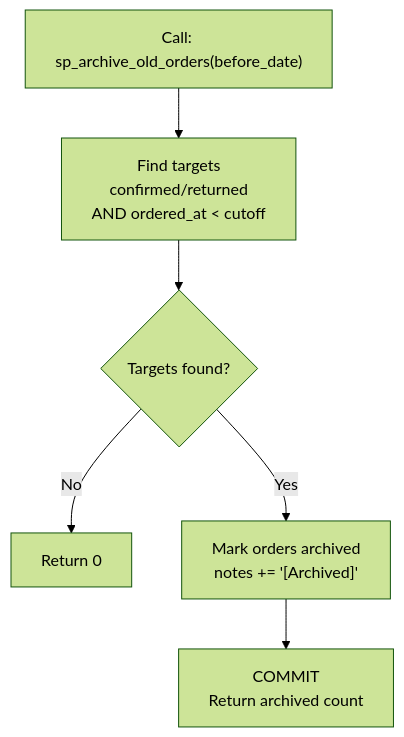
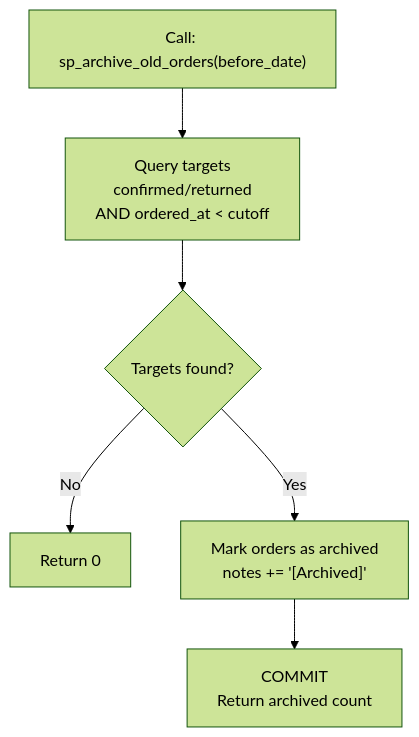
Diagram 15 of 15 in docs/en/schema/procedures.md (civilian7/sql-tutorial), drawn with Mermaid (forest theme) before and after one commit. The commit also changed other lines of this file and 121 other files, not shown here.

````diff
--- a/docs/en/schema/procedures.md
+++ b/docs/en/schema/procedures.md
@@ -1543,12 +1558,12 @@
 ```mermaid
 flowchart TD
-    A["Call: sp_archive_old_orders(before_date)"] --> B["Find targets
+    A["Call: sp_archive_old_orders(before_date)"] --> B["Query targets
     confirmed/returned
     AND ordered_at < cutoff"]
     B --> C{"Targets found?"}
     C -- No --> D["Return 0"]
-    C -- Yes --> E["Mark orders archived
+    C -- Yes --> E["Mark orders as archived
     notes += '[Archived]'"]
     E --> F["COMMIT
     Return archived count"]
 ```
````
